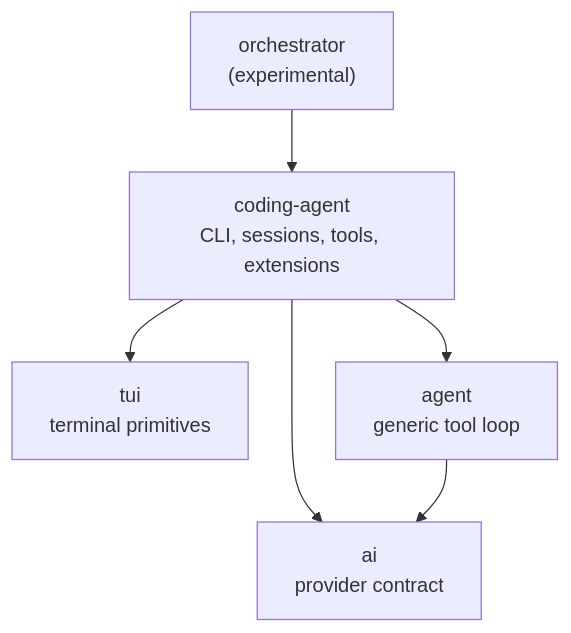
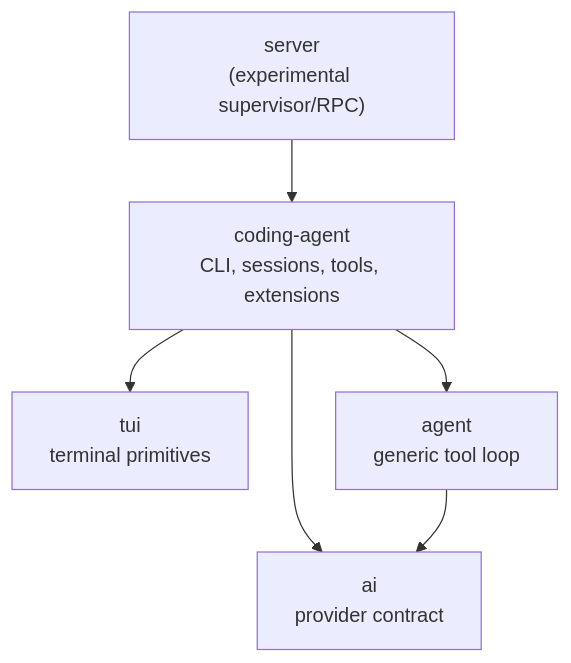
One commit to lukechen526/pi changed the second of 6 diagrams in developer-guide/05-architecture-for-extensions.qmd. Above: the diagram before and after it, drawn with Mermaid. The commit also changed other lines of this file and 20 other files, not shown here.

````diff
--- a/developer-guide/05-architecture-for-extensions.qmd
+++ b/developer-guide/05-architecture-for-extensions.qmd
@@ -135,14 +139,14 @@
 ```{mermaid}
 %%| label: fig-package-map
 %%| fig-cap: "The package map. An arrow points from a package to the package it imports; lower layers never import higher ones."
 flowchart TD
-  O["orchestrator<br/>(experimental)"] --> CA
+  SERVER["server<br/>(experimental supervisor/RPC)"] --> CA
   CA["coding-agent<br/>CLI, sessions, tools, extensions"]
   TUI["tui<br/>terminal primitives"]
   AG["agent<br/>generic tool loop"]
   AI["ai<br/>provider contract"]
   CA --> TUI
   CA --> AG
   CA --> AI
   AG --> AI
 ```
````
